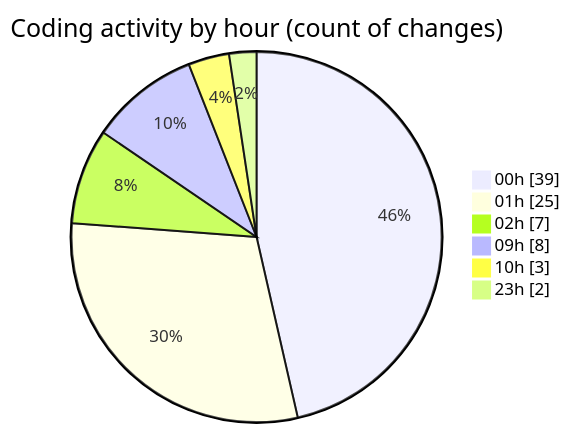
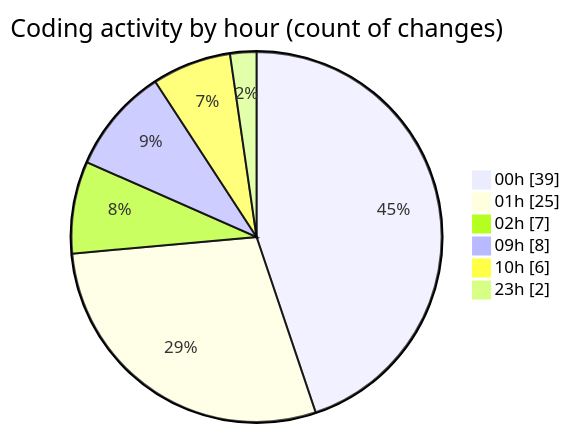
The second of 2 diagrams in 2025-10-10/eventscop-frontend-guide__workspace_/README.md (julien-gomy/code-tracking), drawn with Mermaid before and after one commit. The commit also changed other lines of this file and 1 other file, not shown here.

````diff
--- a/2025-10-10/eventscop-frontend-guide__workspace_/README.md
+++ b/2025-10-10/eventscop-frontend-guide__workspace_/README.md
@@ -34,10 +34,10 @@
 ```mermaid
 pie showData
 title Coding activity by hour (count of changes)
 "00h" : 39
 "01h" : 25
 "02h" : 7
 "09h" : 8
-"10h" : 3
+"10h" : 6
 "23h" : 2
 ```
````
